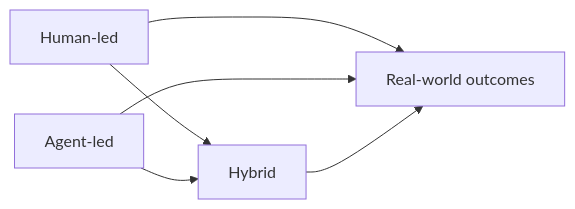
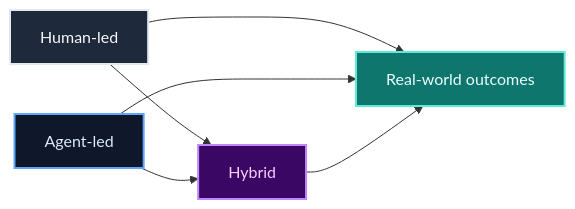
One commit to pyragogy/Human-Agent-Outreach-lab changed the diagram in README.md. Above: the diagram before and after it, drawn with Mermaid.

Commit message:
docs: color human-agent experiment diagram

````diff
--- a/README.md
+++ b/README.md
@@ -26,8 +26,18 @@
 ```mermaid
 flowchart LR
     H[Human-led] --> R[Real-world outcomes]
     A[Agent-led] --> R
     H --> X[Hybrid]
     A --> X
     X --> R
+
+    classDef human fill:#1e293b,stroke:#e2e8f0,stroke-width:2px,color:#f8fafc
+    classDef agent fill:#0f172a,stroke:#60a5fa,stroke-width:2px,color:#dbeafe
+    classDef hybrid fill:#3b0764,stroke:#c084fc,stroke-width:2px,color:#f5d0fe
+    classDef outcome fill:#0f766e,stroke:#5eead4,stroke-width:2px,color:#ecfeff
+
+    class H human
+    class A agent
+    class X hybrid
+    class R outcome
 ```
````
